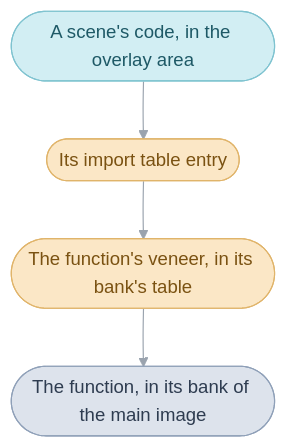
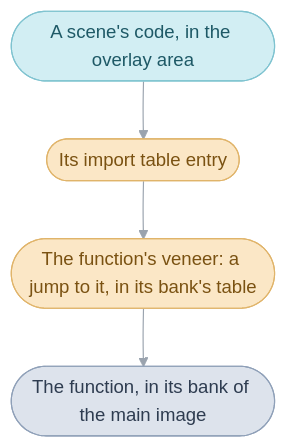
Before and after one commit to PascalPixel/alchemy: the diagram in games/tbs/system.md, drawn with Mermaid. The commit also changed other lines of this file and 3 other files, not shown here.

````diff
--- a/games/tbs/system.md
+++ b/games/tbs/system.md
@@ -173,13 +179,13 @@
 ```mermaid
 %%{init: {"theme": "base", "themeVariables": {"lineColor": "#9AA3AE", "edgeLabelBackground": "#FFFFFF"}, "flowchart": {"curve": "basis", "padding": 12}}}%%
 flowchart TD
   scene(["A scene's code, in the overlay area"]) --> import(["Its import table entry"])
-  import --> veneer(["The function's veneer, in its bank's table"])
+  import --> veneer(["The function's veneer: a jump to it, in its bank's table"])
   veneer --> function(["The function, in its bank of the main image"])
   classDef overlay fill:#D2EEF3,stroke:#7FC3D0,color:#1E5966
   classDef table fill:#FBE7C6,stroke:#E0B46A,color:#7A5212
   classDef image fill:#DDE3EC,stroke:#8FA0B8,color:#2E3C50
   class scene overlay
   class import,veneer table
   class function image
 ```
````
